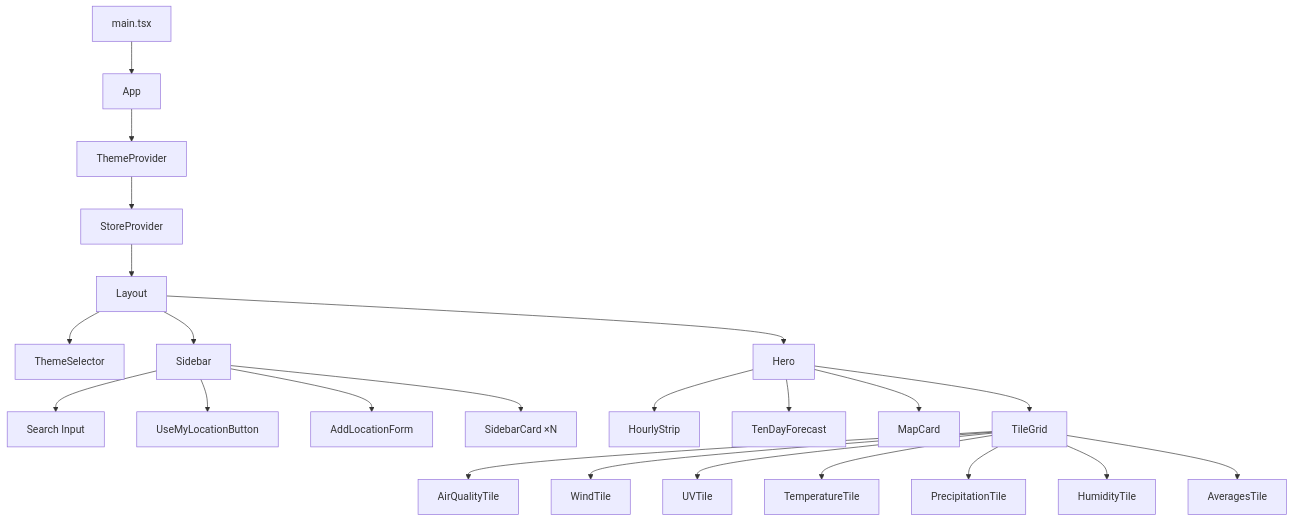
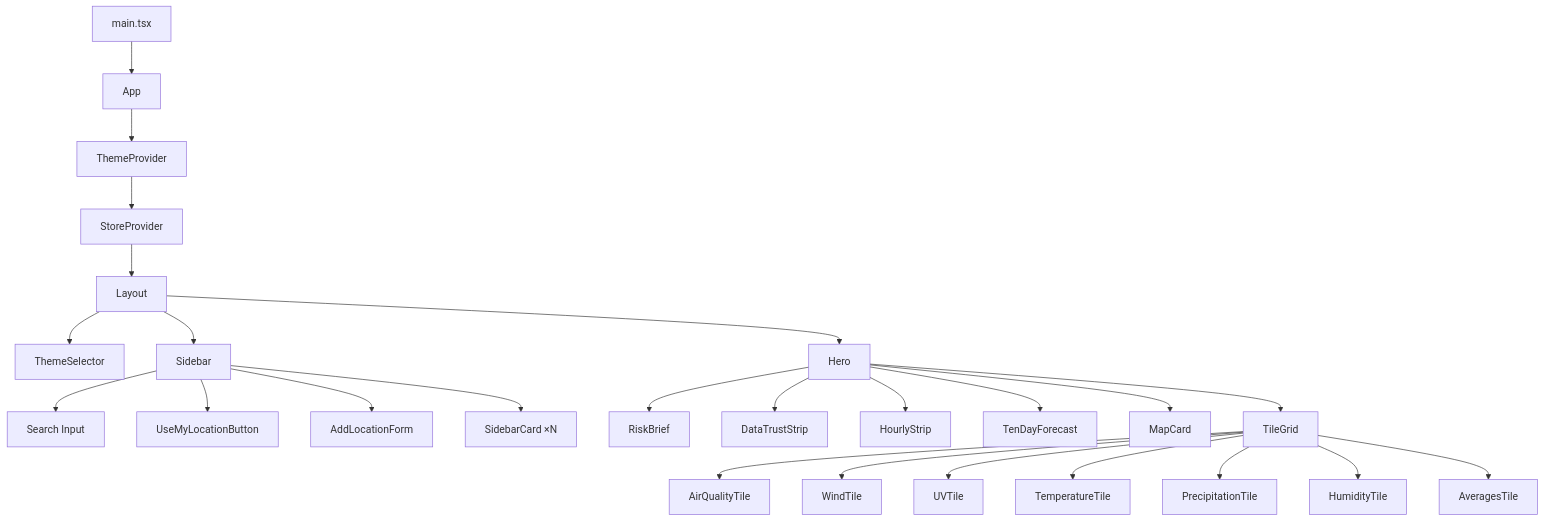
Before and after one commit to optiflow/sg-weather-ops-dashboard: the first of 2 diagrams in docs/src/content/docs/reference/frontend-components.md, drawn with Mermaid. The commit also changed other lines of this file and 41 other files, not shown here.

Commit message:
Add weather data trust and risk brief support

````diff
--- a/docs/src/content/docs/reference/frontend-components.md
+++ b/docs/src/content/docs/reference/frontend-components.md
@@ -10,25 +10,27 @@
 ```mermaid
 graph TD
   Main["main.tsx"] --> App
   App --> ThemeProvider
   ThemeProvider --> StoreProvider
   StoreProvider --> Layout
   Layout --> ThemeSelector
   Layout --> Sidebar
   Layout --> Hero
   Sidebar --> SearchBox["Search Input"]
   Sidebar --> UseMyLocationButton
   Sidebar --> AddLocationForm
   Sidebar --> SidebarCard["SidebarCard ×N"]
+  Hero --> RiskBrief
+  Hero --> DataTrustStrip
   Hero --> HourlyStrip
   Hero --> TenDayForecast
   Hero --> MapCard
   Hero --> TileGrid
   TileGrid --> AirQualityTile
   TileGrid --> WindTile
   TileGrid --> UVTile
   TileGrid --> TemperatureTile
   TileGrid --> PrecipitationTile
   TileGrid --> HumidityTile
   TileGrid --> AveragesTile
 ```
````
